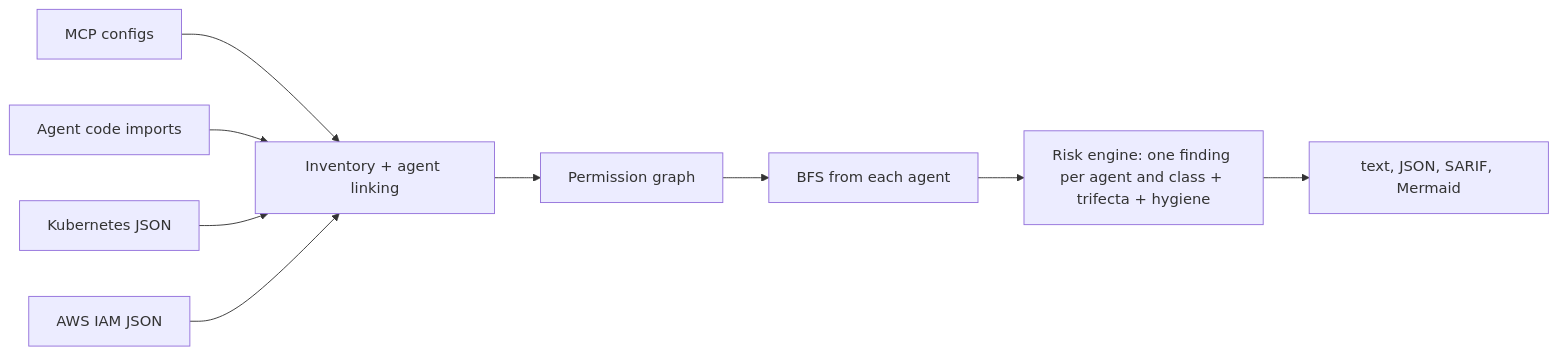
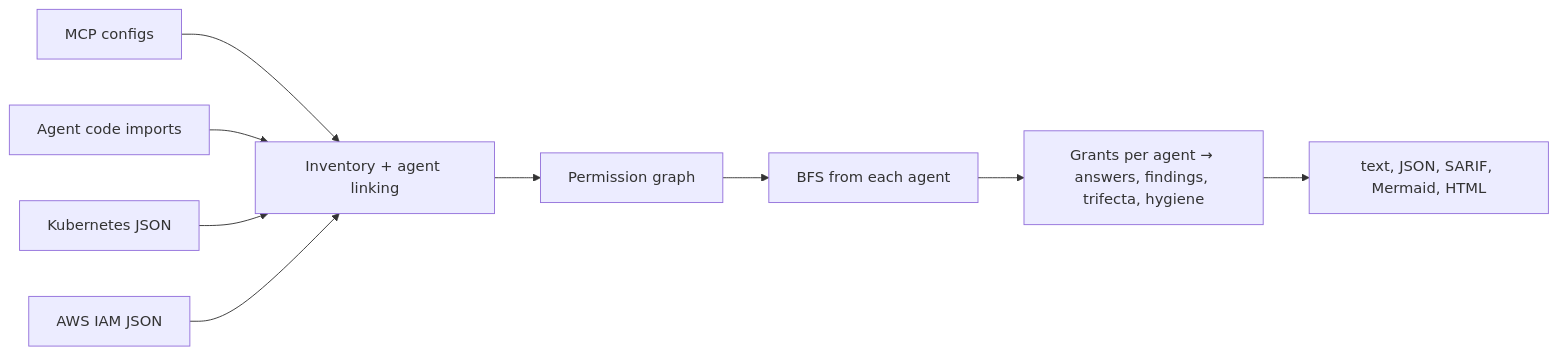
Before and after one commit to attckus/attckus: the diagram in docs/design/scan.md, drawn with Mermaid. The commit also changed other lines of this file and 53 other files, not shown here.

````diff
--- a/docs/design/scan.md
+++ b/docs/design/scan.md
@@ -15,11 +19,11 @@
 ```mermaid
 flowchart LR
   mcp[MCP configs] --> inv[Inventory + agent linking]
   code[Agent code imports] --> inv
   k8s[Kubernetes JSON] --> inv
   iam[AWS IAM JSON] --> inv
   inv --> pg[Permission graph]
   pg --> bfs["BFS from each agent"]
-  bfs --> risk["Risk engine: one finding per agent and class + trifecta + hygiene"]
-  risk --> out["text, JSON, SARIF, Mermaid"]
+  bfs --> risk["Grants per agent → answers, findings, trifecta, hygiene"]
+  risk --> out["text, JSON, SARIF, Mermaid, HTML"]
 ```
````
